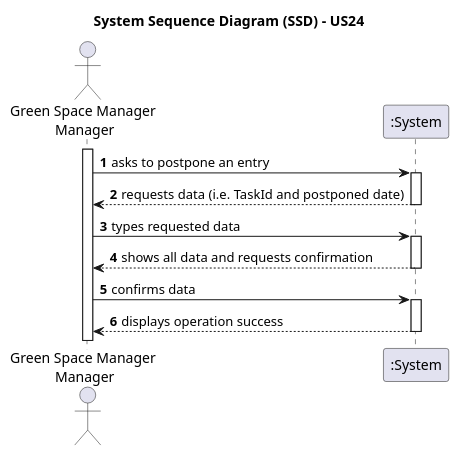
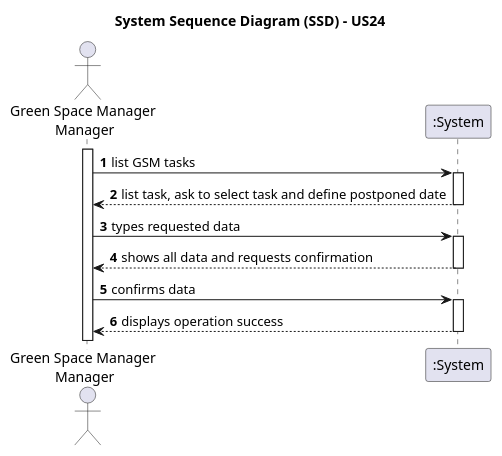
Before and after one commit to Mendoncaa/LAPR2: the diagram in docs/sprintC/us0024/01.requirements-engineering/puml/us24-system-sequence-diagramv2.puml, drawn with PlantUML. The commit also changed 24 other files, not shown here.

```diff
--- a/docs/sprintC/us0024/01.requirements-engineering/puml/us24-system-sequence-diagramv2.puml
+++ b/docs/sprintC/us0024/01.requirements-engineering/puml/us24-system-sequence-diagramv2.puml
@@ -1,33 +1,34 @@
 @startuml
 skinparam monochrome false
 skinparam packageStyle rectangle
 skinparam shadowing false
 
 title System Sequence Diagram (SSD) - US24
 
 autonumber
 
 actor "Green Space Manager \nManager" as GSM
 participant ":System" as System
 
 activate GSM
 
-    GSM -> System : asks to postpone an entry
+    GSM -> System : list GSM tasks
     activate System
 
-        System --> GSM : requests data (i.e. TaskId and postponed date)
+        System --> GSM : list task, ask to select task and define postponed date
     deactivate System
 
     GSM -> System : types requested data
     activate System
 
         System --> GSM : shows all data and requests confirmation
     deactivate System
 
     GSM -> System : confirms data
     activate System
 
         System --> GSM : displays operation success
     deactivate System
 
+
 @enduml
```
